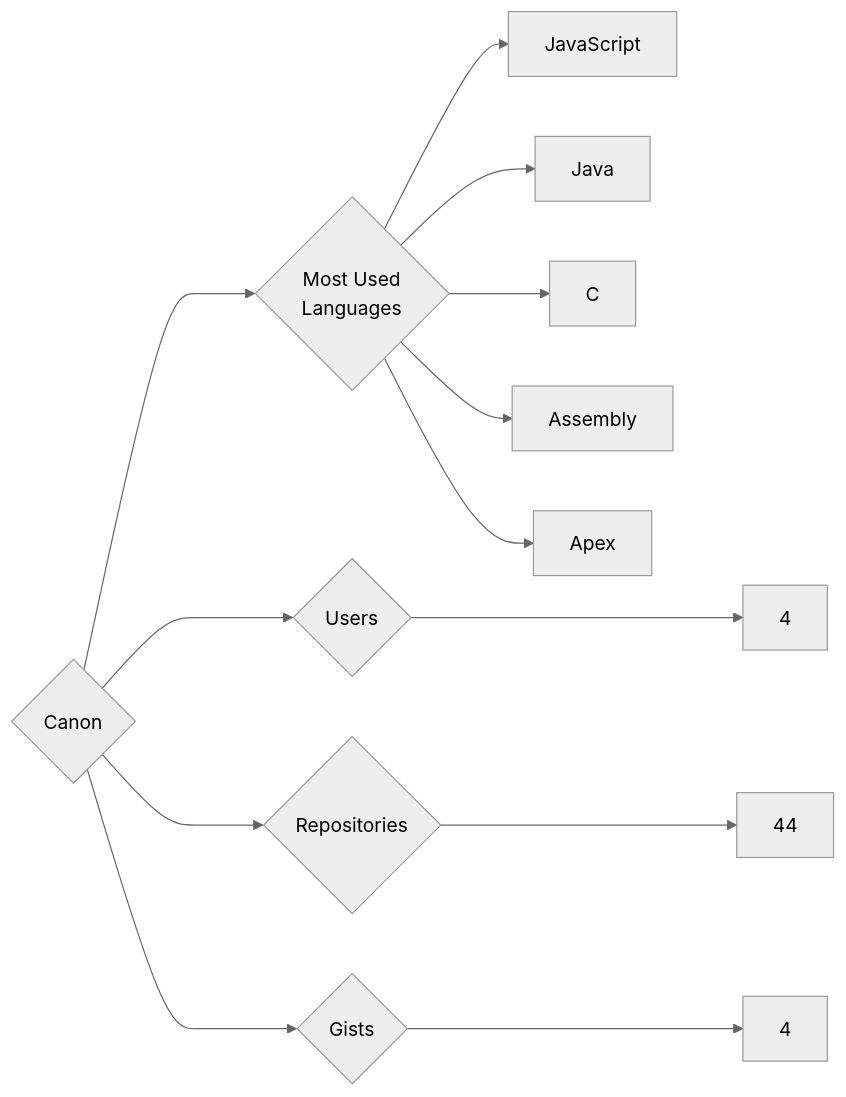
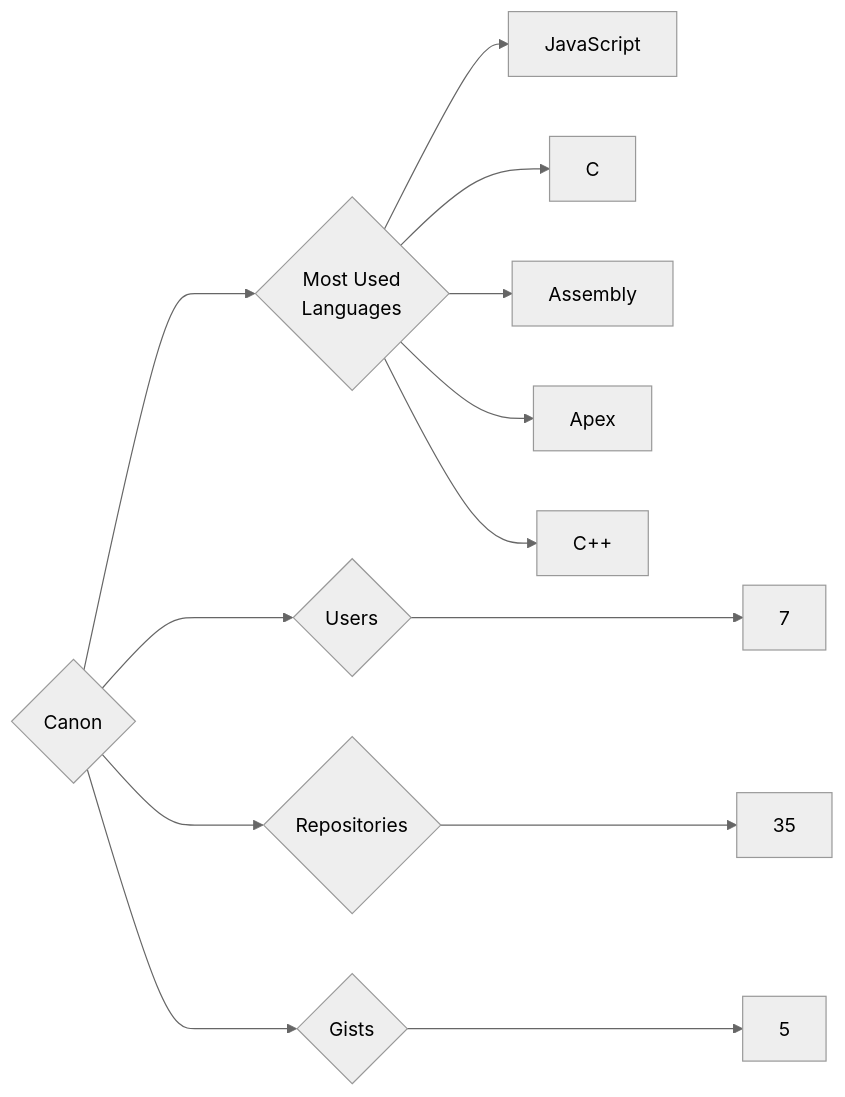
The diagram in targets/Canon/README.md (trickest/insiders), drawn with Mermaid (neutral theme) before and after one commit. The commit also changed 993 other files, not shown here.

````diff
--- a/targets/Canon/README.md
+++ b/targets/Canon/README.md
@@ -3,13 +3,13 @@
 ```mermaid
 graph LR
 COMPANY_NAME{Canon}
-COMPANY_NAME ---> U{Users} ---> UN[4]
-COMPANY_NAME ---> R{Repositories} ---> RN[44]
-COMPANY_NAME ---> G{Gists} ---> GN[4]
+COMPANY_NAME ---> U{Users} ---> UN[7]
+COMPANY_NAME ---> R{Repositories} ---> RN[35]
+COMPANY_NAME ---> G{Gists} ---> GN[5]
 COMPANY_NAME ---> ML{Most Used<br>Languages}
 ML --> JavaScript[JavaScript]
-ML --> Java[Java]
 ML --> C[C]
 ML --> Assembly[Assembly]
 ML --> Apex[Apex]
+ML --> C++[C++]
 ```
````
